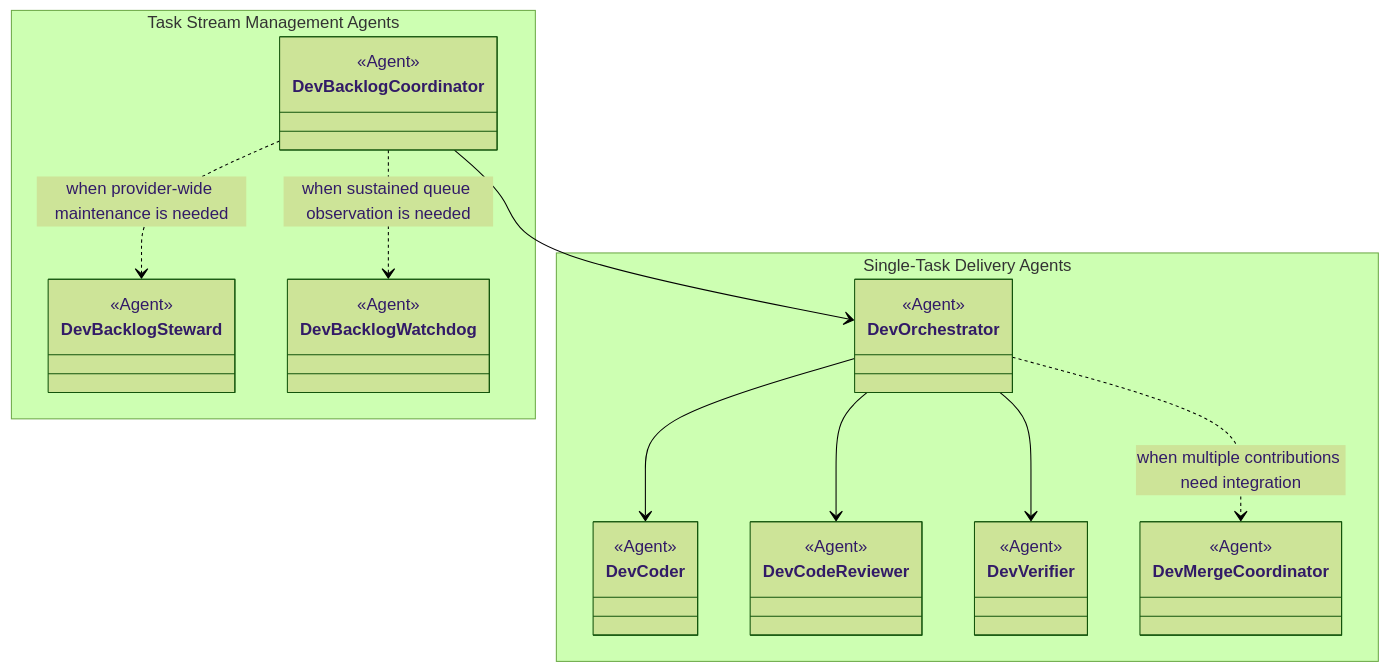
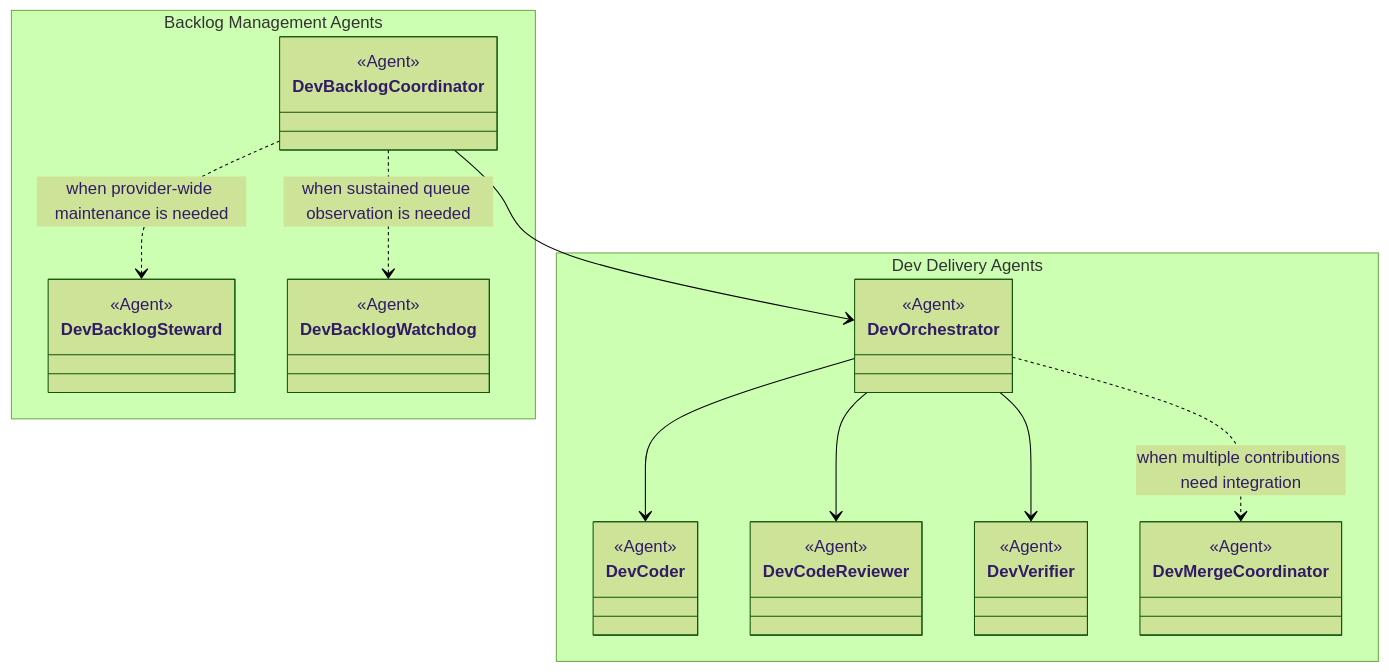
Before and after one commit to martinbechard/dev-methodology: the first of 8 diagrams in design/skill-groups/concurrent-tasking.md, drawn with Mermaid (forest theme). The commit also changed other lines of this file, not shown here.

Commit message:
Rename task management agent groups

````diff
--- a/design/skill-groups/concurrent-tasking.md
+++ b/design/skill-groups/concurrent-tasking.md
@@ -23,42 +23,42 @@
 ```mermaid
 classDiagram
     direction TB
 
-    namespace TaskStreamManagementAgents["Task Stream Management Agents"] {
+    namespace BacklogManagementAgents["Backlog Management Agents"] {
         class DevBacklogCoordinator {
             <<Agent>>
         }
         class DevBacklogSteward {
             <<Agent>>
         }
         class DevBacklogWatchdog {
             <<Agent>>
         }
     }
 
-    namespace SingleTaskDeliveryAgents["Single-Task Delivery Agents"] {
+    namespace DevDeliveryAgents["Dev Delivery Agents"] {
         class DevOrchestrator {
             <<Agent>>
         }
         class DevCoder {
             <<Agent>>
         }
         class DevCodeReviewer {
             <<Agent>>
         }
         class DevVerifier {
             <<Agent>>
         }
         class DevMergeCoordinator {
             <<Agent>>
         }
     }
 
     DevBacklogCoordinator --> DevOrchestrator
     DevBacklogCoordinator ..> DevBacklogSteward : when provider-wide maintenance is needed
     DevBacklogCoordinator ..> DevBacklogWatchdog : when sustained queue observation is needed
     DevOrchestrator --> DevCoder
     DevOrchestrator --> DevCodeReviewer
     DevOrchestrator --> DevVerifier
     DevOrchestrator ..> DevMergeCoordinator : when multiple contributions need integration
 ```
````
